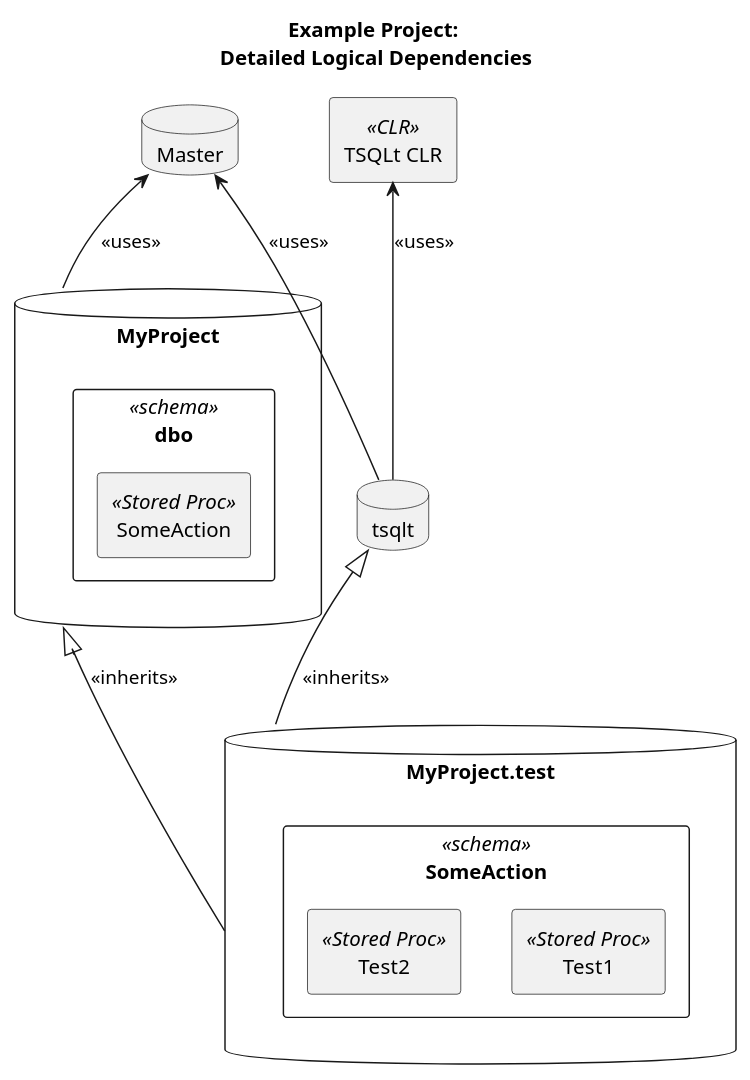
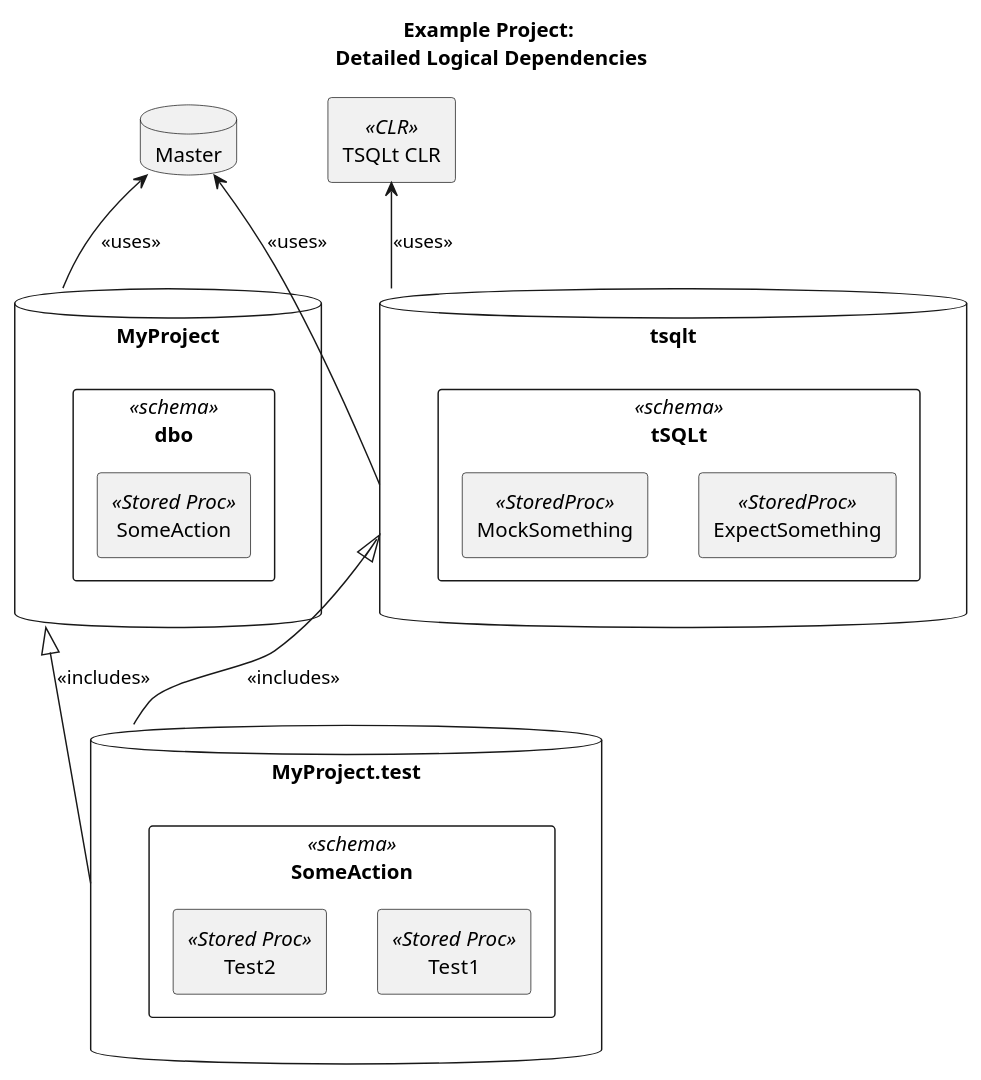
The fourth of 5 diagrams in README.md (Rogue-Archivists/TSQLtTools), drawn with PlantUML before and after one commit. The commit also changed other lines of this file and 4 other files, not shown here.

````diff
--- a/README.md
+++ b/README.md
@@ -148,27 +147,32 @@
 ```plantuml
     title  Example Project:\n Detailed Logical Dependencies
-    database tsqlt
+    database tsqlt {
+        rectangle tSQLt <<schema>> {
+            rectangle "ExpectSomething" <<StoredProc>>
+            rectangle "MockSomething" <<StoredProc>>
+        }
+    }
     database "Master" as sys
     database "MyProject" as proj {
         rectangle "dbo" <<schema>> {
             rectangle "SomeAction" <<Stored Proc>> as unit
         }
     }
     database "MyProject.test" as test {
         rectangle SomeAction <<schema>> as test_suit {
 
             rectangle Test1 <<Stored Proc>>
             rectangle Test2 <<Stored Proc>>
         }
     }
 
     rectangle "TSQLt CLR" <<CLR>> as clr
 
+    sys <-- tsqlt: <<uses>>
     clr <-- tsqlt : <<uses>>
-    sys <-- tsqlt: <<uses>>
 
     sys <-- proj: <<uses>>
 
-    proj <|-- test: <<inherits>>
-    tsqlt <|--  test: <<inherits>>
+    proj <|-- test: <<includes>>
+    tsqlt <|--  test: <<includes>>
 ```
````
